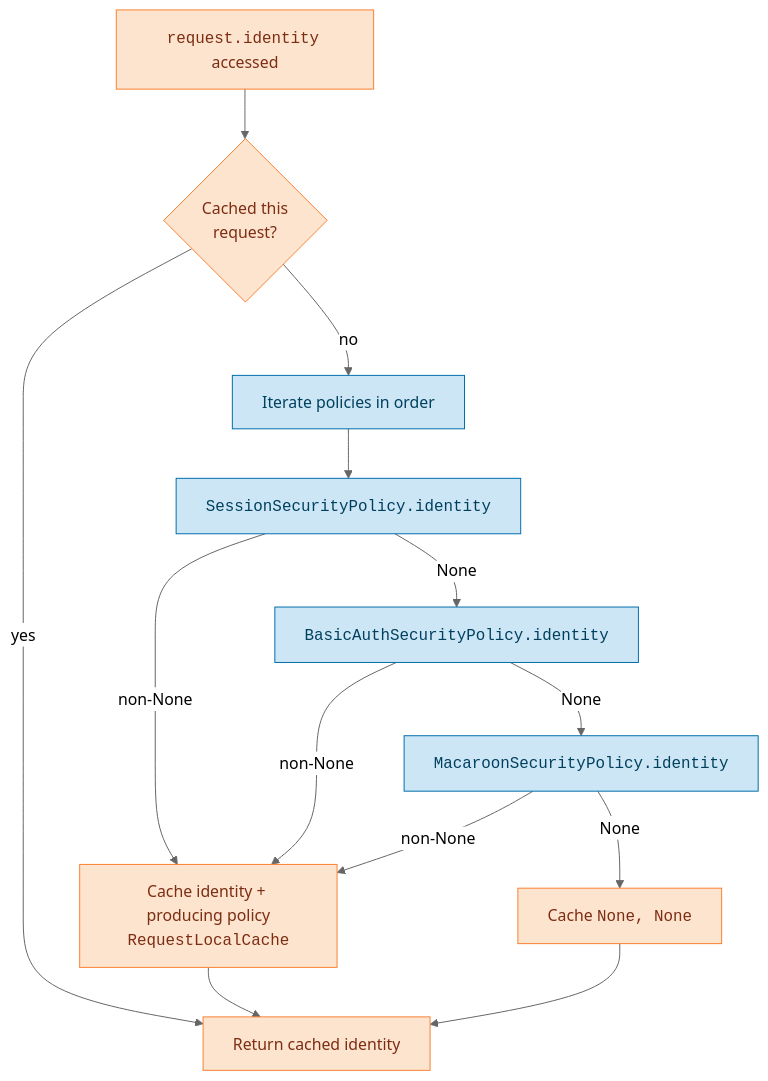
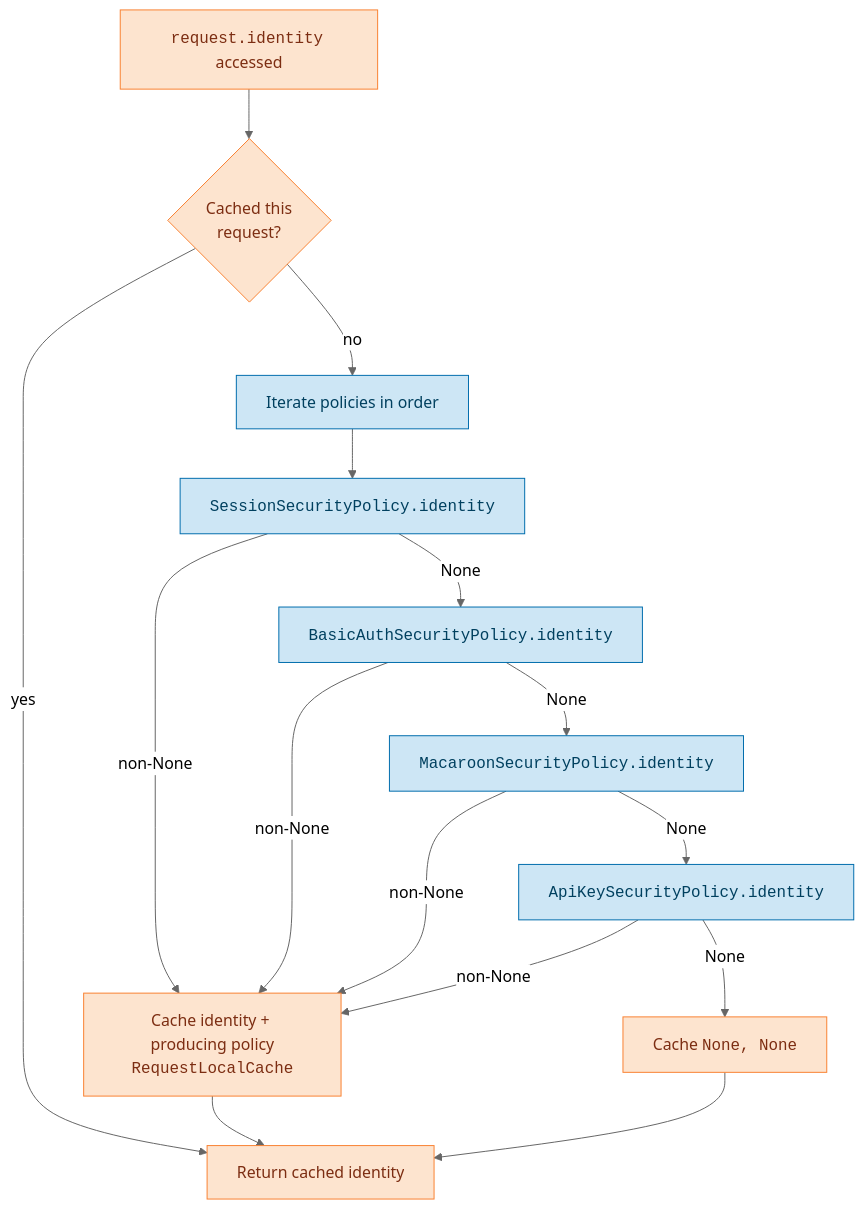
The second of 11 diagrams in docs/dev/security/security-policy-flow.md (pypi/warehouse), drawn with Mermaid (neutral theme) before and after one commit. The commit also changed other lines of this file and 23 other files, not shown here.

````diff
--- a/docs/dev/security/security-policy-flow.md
+++ b/docs/dev/security/security-policy-flow.md
@@ -124,17 +128,19 @@
 ```mermaid
 flowchart TD
     START[<code>request.identity</code> accessed]:::pyramid --> CACHE{Cached this<br/>request?}:::pyramid
     CACHE -->|yes| RET[Return cached identity]:::pyramid
     CACHE -->|no| LOOP[Iterate policies in order]:::warehouse
     LOOP --> P1[<code>SessionSecurityPolicy.identity</code>]:::warehouse
     P1 -->|non-None| STORE[Cache identity + producing policy<br/><code>RequestLocalCache</code>]:::pyramid
     P1 -->|None| P2[<code>BasicAuthSecurityPolicy.identity</code>]:::warehouse
     P2 -->|non-None| STORE
     P2 -->|None| P3[<code>MacaroonSecurityPolicy.identity</code>]:::warehouse
     P3 -->|non-None| STORE
-    P3 -->|None| NONE[Cache <code>None, None</code>]:::pyramid
+    P3 -->|None| P4[<code>ApiKeySecurityPolicy.identity</code>]:::warehouse
+    P4 -->|non-None| STORE
+    P4 -->|None| NONE[Cache <code>None, None</code>]:::pyramid
     STORE --> RET
     NONE --> RET
     classDef pyramid fill:#fde4cf,stroke:#f98131,color:#7c2d12
     classDef warehouse fill:#cde6f5,stroke:#006dad,color:#00405f
 ```
````
